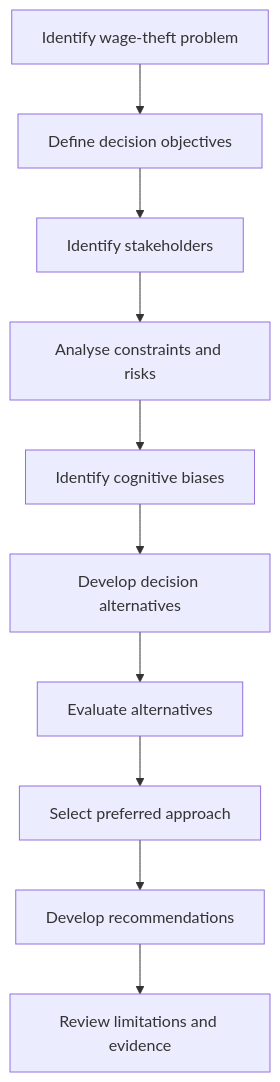
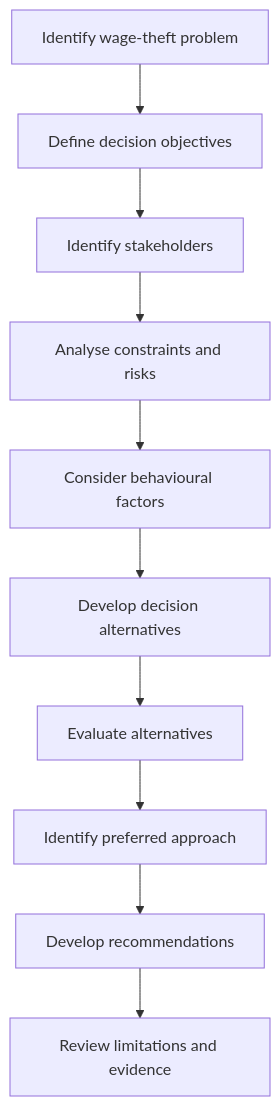
The diagram in README.md (Xalxo2308/judgment-and-decision-making), drawn with Mermaid before and after one commit. The commit also changed other lines of this file, not shown here.

````diff
--- a/README.md
+++ b/README.md
@@ -173,14 +95,12 @@
 ```mermaid
 flowchart TD
     A[Identify wage-theft problem] --> B[Define decision objectives]
     B --> C[Identify stakeholders]
     C --> D[Analyse constraints and risks]
-    D --> E[Identify cognitive biases]
+    D --> E[Consider behavioural factors]
     E --> F[Develop decision alternatives]
     F --> G[Evaluate alternatives]
-    G --> H[Select preferred approach]
+    G --> H[Identify preferred approach]
     H --> I[Develop recommendations]
     I --> J[Review limitations and evidence]
-
-    class A,B,C,D,E,F,G,H,I,J default
 ```
````
